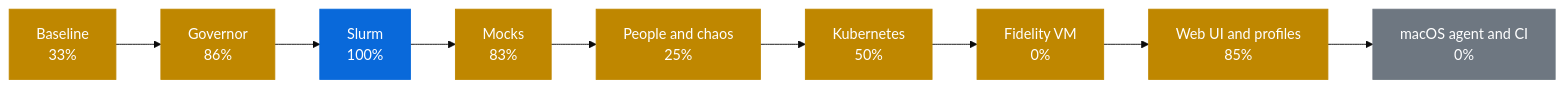
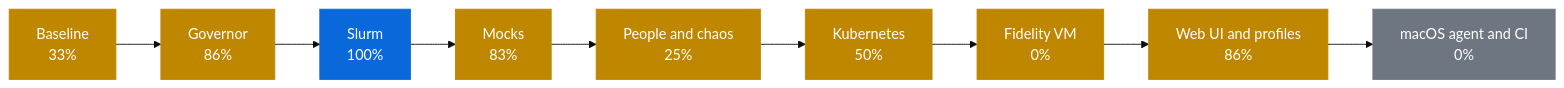
One commit to AhmedYousriSobhi/workbench changed the first of 2 diagrams in docs/PROGRESS.md. Above: the diagram before and after it, drawn with Mermaid (base theme). The commit also changed other lines of this file and 13 other files, not shown here.

````diff
--- a/docs/PROGRESS.md
+++ b/docs/PROGRESS.md
@@ -10,17 +10,17 @@
 ```mermaid
 flowchart LR
     p0["Baseline<br/>33%"]:::partial
     p1["Governor<br/>86%"]:::partial
     p2["Slurm<br/>100%"]:::review
     p3["Mocks<br/>83%"]:::partial
     p4["People and chaos<br/>25%"]:::partial
     p5["Kubernetes<br/>50%"]:::partial
     p6["Fidelity VM<br/>0%"]:::partial
-    p7["Web UI and profiles<br/>85%"]:::partial
+    p7["Web UI and profiles<br/>86%"]:::partial
     p8["macOS agent and CI<br/>0%"]:::todo
     p0 --> p1 --> p2 --> p3 --> p4 --> p5 --> p6 --> p7 --> p8
     classDef done fill:#1a7f37,stroke:#1a7f37,color:#fff
     classDef review fill:#0969da,stroke:#0969da,color:#fff
     classDef partial fill:#bf8700,stroke:#bf8700,color:#fff
     classDef todo fill:#6e7781,stroke:#6e7781,color:#fff
 ```
````
